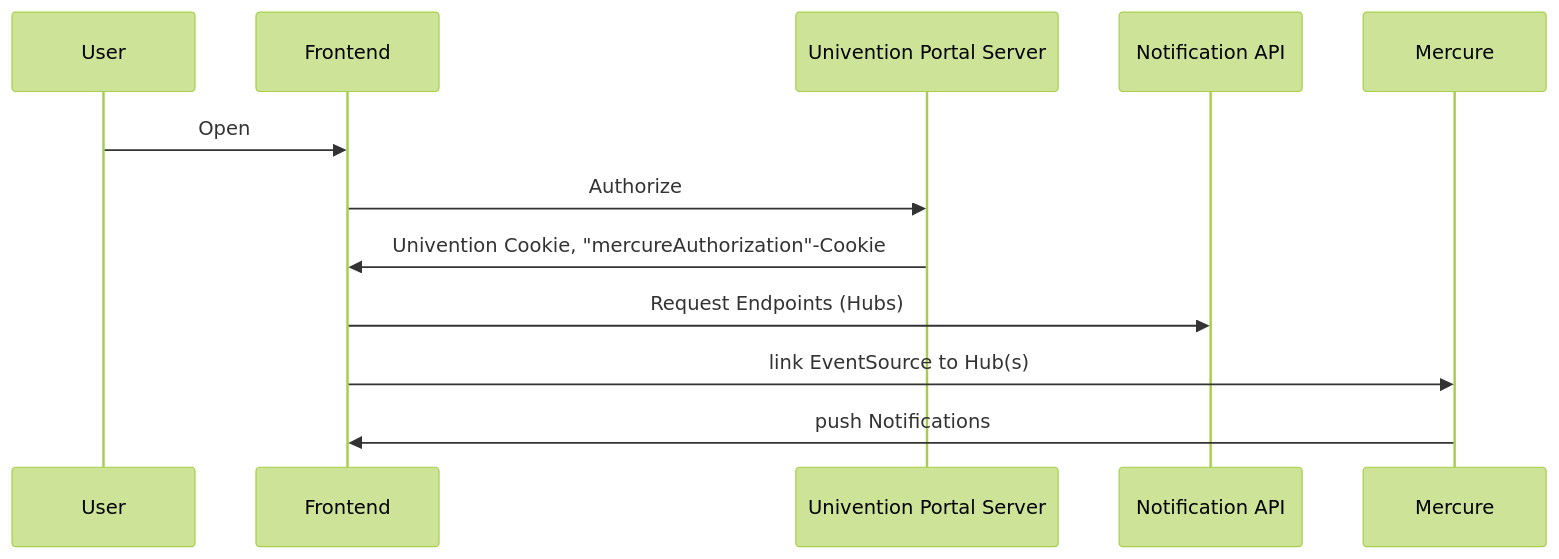
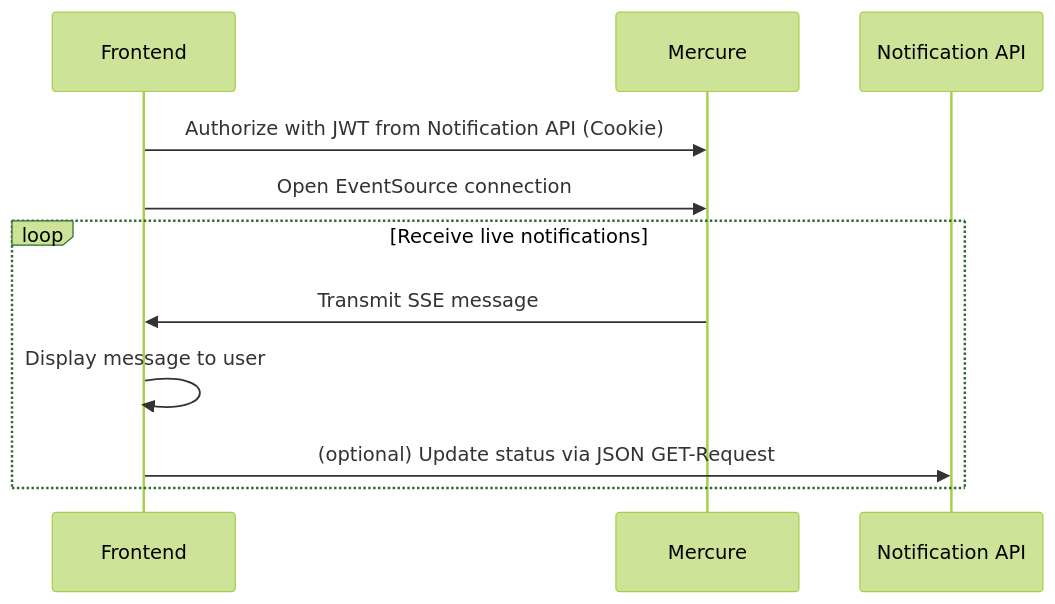
The sixth of 6 diagrams in doc/concepts/35_mercure_authorization.md (univention/univention-portal), drawn with Mermaid (forest theme) before and after one commit. The commit also changed other lines of this file, not shown here.

Commit message:
Add detailed diagrams for all authorization processes

````diff
--- a/doc/concepts/35_mercure_authorization.md
+++ b/doc/concepts/35_mercure_authorization.md
@@ -20,9 +105,10 @@
 ```mermaid
 sequenceDiagram
-    User->>Frontend: Open
-    Frontend->>Univention Portal Server: Authorize
-    Univention Portal Server->>Frontend: Univention Cookie, "mercureAuthorization"-Cookie
-    Frontend->>Notification API: Request Endpoints (Hubs)
-    Frontend->>Mercure: link EventSource to Hub(s)
-    Mercure->>Frontend: push Notifications
+   Frontend->>Mercure: Authorize with JWT from Notification API (Cookie)
+   Frontend->>Mercure: Open EventSource connection
+   loop Receive live notifications
+      Mercure->>Frontend: Transmit SSE message
+      Frontend->>Frontend: Display message to user
+      Frontend->>Notification API: (optional) Update status via JSON GET-Request
+   end
 ```
````
